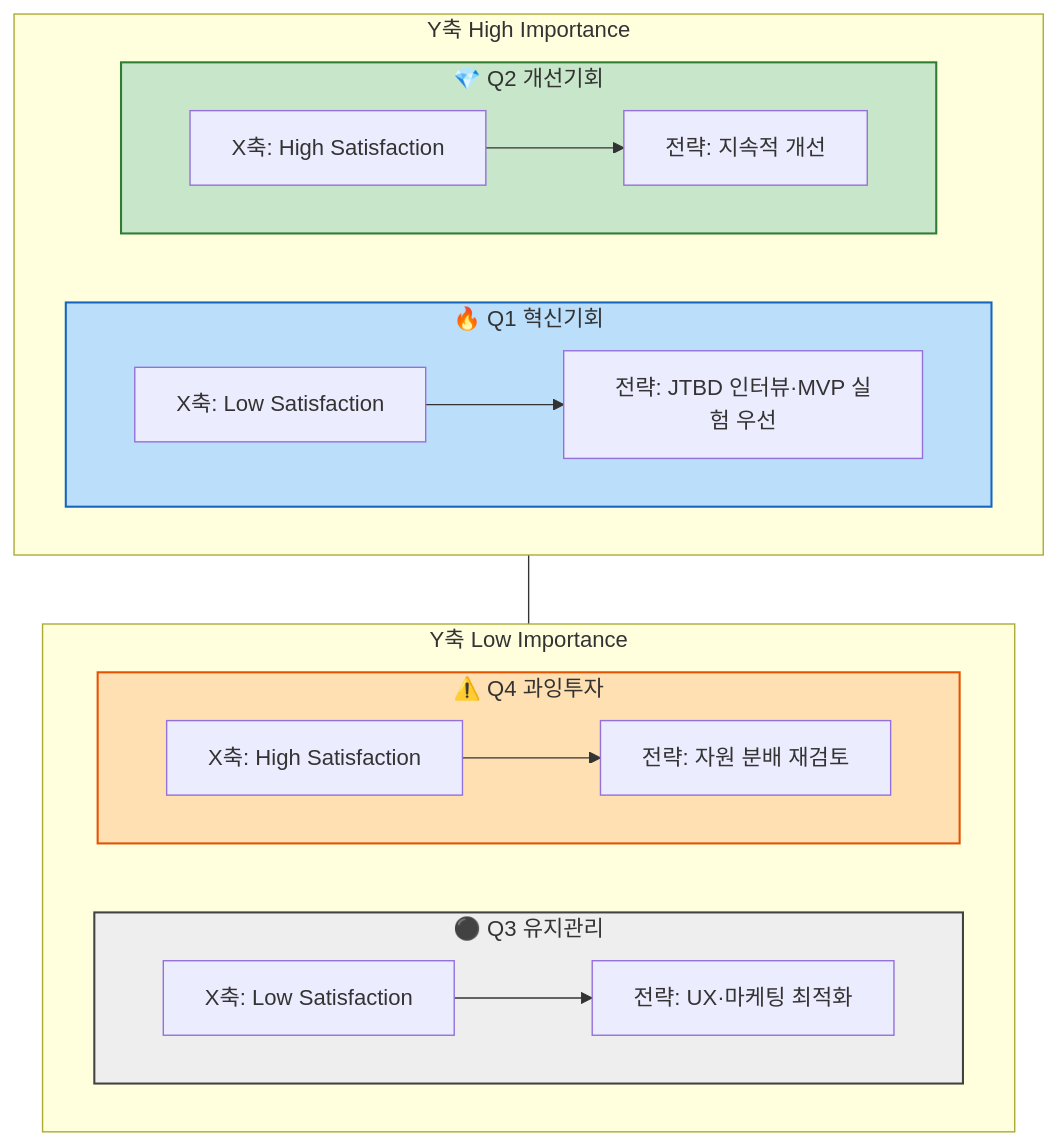
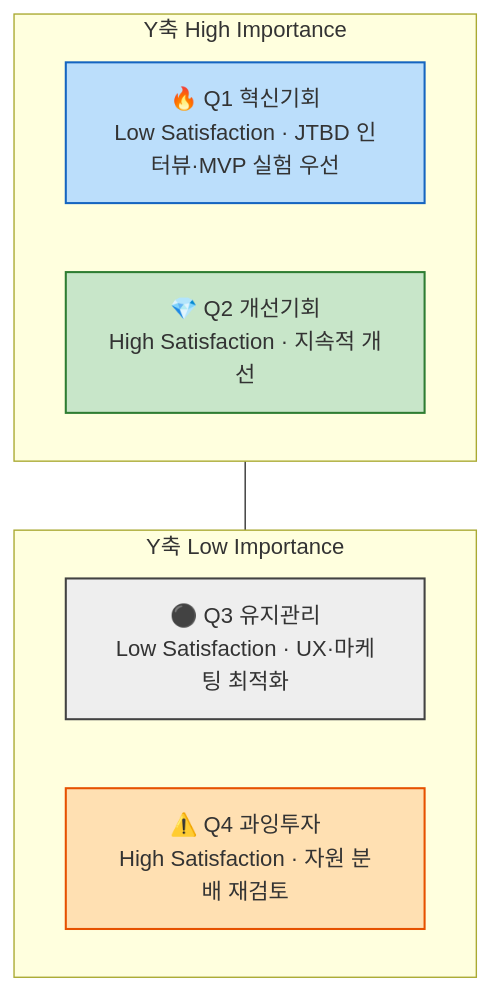
One commit to jennie-brain/business-analysis-frameworks changed the diagram in 06_시장기회분석/00_방법론.md. Above: the diagram before and after it, drawn with Mermaid. The commit also changed other lines of this file and 4 other files, not shown here.

````diff
--- a/06_시장기회분석/00_방법론.md
+++ b/06_시장기회분석/00_방법론.md
@@ -47,39 +47,19 @@
 ```mermaid
 flowchart TD
     subgraph Top["Y축 High Importance"]
     direction LR
-        subgraph Q1G["🔥 Q1 혁신기회"]
-        direction LR
-        Q1A["X축: Low Satisfaction"]
-        Q1B["전략: JTBD 인터뷰·MVP 실험 우선"]
-        Q1A --> Q1B
-        end
-        subgraph Q2G["💎 Q2 개선기회"]
-        direction LR
-        Q2A["X축: High Satisfaction"]
-        Q2B["전략: 지속적 개선"]
-        Q2A --> Q2B
-        end
+    Q1["🔥 Q1 혁신기회<br>Low Satisfaction · JTBD 인터뷰·MVP 실험 우선"]:::q1
+    Q2["💎 Q2 개선기회<br>High Satisfaction · 지속적 개선"]:::q2
     end
     subgraph Bottom["Y축 Low Importance"]
     direction LR
-        subgraph Q3G["⚫ Q3 유지관리"]
-        direction LR
-        Q3A["X축: Low Satisfaction"]
-        Q3B["전략: UX·마케팅 최적화"]
-        Q3A --> Q3B
-        end
-        subgraph Q4G["⚠️ Q4 과잉투자"]
-        direction LR
-        Q4A["X축: High Satisfaction"]
-        Q4B["전략: 자원 분배 재검토"]
-        Q4A --> Q4B
-        end
+    Q3["⚫ Q3 유지관리<br>Low Satisfaction · UX·마케팅 최적화"]:::q3
+    Q4["⚠️ Q4 과잉투자<br>High Satisfaction · 자원 분배 재검토"]:::q4
     end
     Top --- Bottom
 
-    style Q1G fill:#BBDEFB,stroke:#1565C0,stroke-width:1.5px
-    style Q2G fill:#C8E6C9,stroke:#2E7D32,stroke-width:1.5px
-    style Q3G fill:#EEEEEE,stroke:#424242,stroke-width:1.5px
-    style Q4G fill:#FFE0B2,stroke:#E65100,stroke-width:1.5px
+    classDef q1 fill:#BBDEFB,stroke:#1565C0,stroke-width:1.5px
+    classDef q2 fill:#C8E6C9,stroke:#2E7D32,stroke-width:1.5px
+    classDef q3 fill:#EEEEEE,stroke:#424242,stroke-width:1.5px
+    classDef q4 fill:#FFE0B2,stroke:#E65100,stroke-width:1.5px
 ```
````
